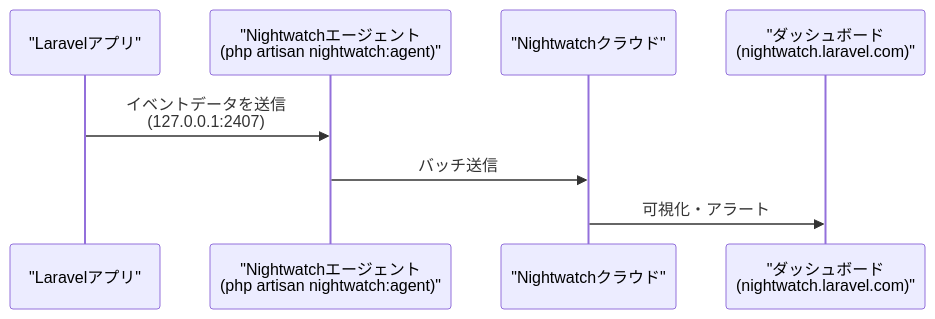
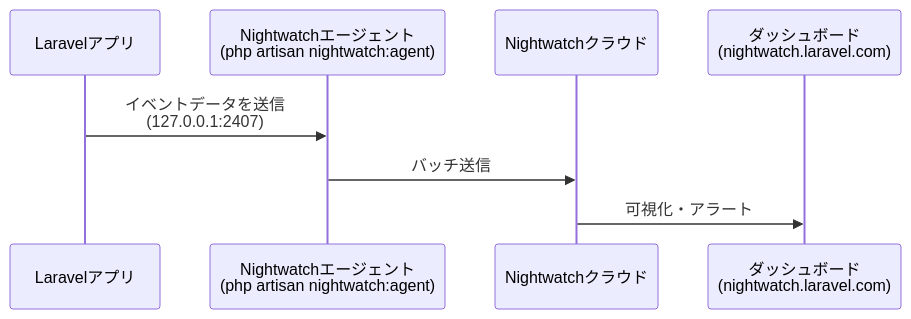
The second of 3 diagrams in jp/blog/nightwatch-introduction.mdx (kawax/mintlify-docs), drawn with Mermaid before and after one commit. The commit also changed 2 other files, not shown here.

````diff
--- a/jp/blog/nightwatch-introduction.mdx
+++ b/jp/blog/nightwatch-introduction.mdx
@@ -45,11 +45,11 @@
 ```mermaid
 sequenceDiagram
-    participant App as "Laravelアプリ"
-    participant Agent as "Nightwatchエージェント<br>(php artisan nightwatch:agent)"
-    participant Cloud as "Nightwatchクラウド"
-    participant Dashboard as "ダッシュボード<br>(nightwatch.laravel.com)"
+    participant App as Laravelアプリ
+    participant Agent as Nightwatchエージェント<br>(php artisan nightwatch:agent)
+    participant Cloud as Nightwatchクラウド
+    participant Dashboard as ダッシュボード<br>(nightwatch.laravel.com)
 
     App->>Agent: イベントデータを送信<br>(127.0.0.1:2407)
     Agent->>Cloud: バッチ送信
     Cloud->>Dashboard: 可視化・アラート
 ```
````
